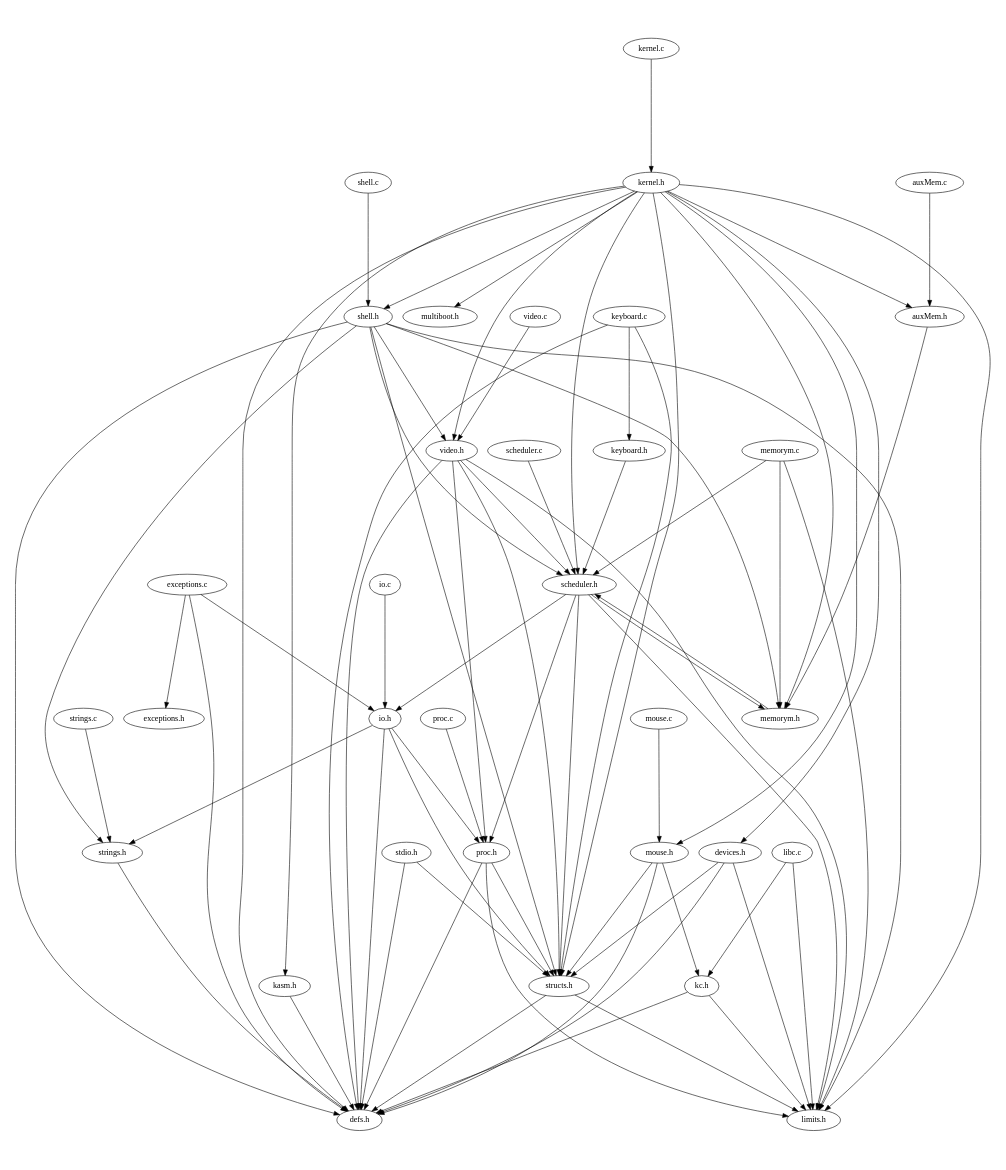
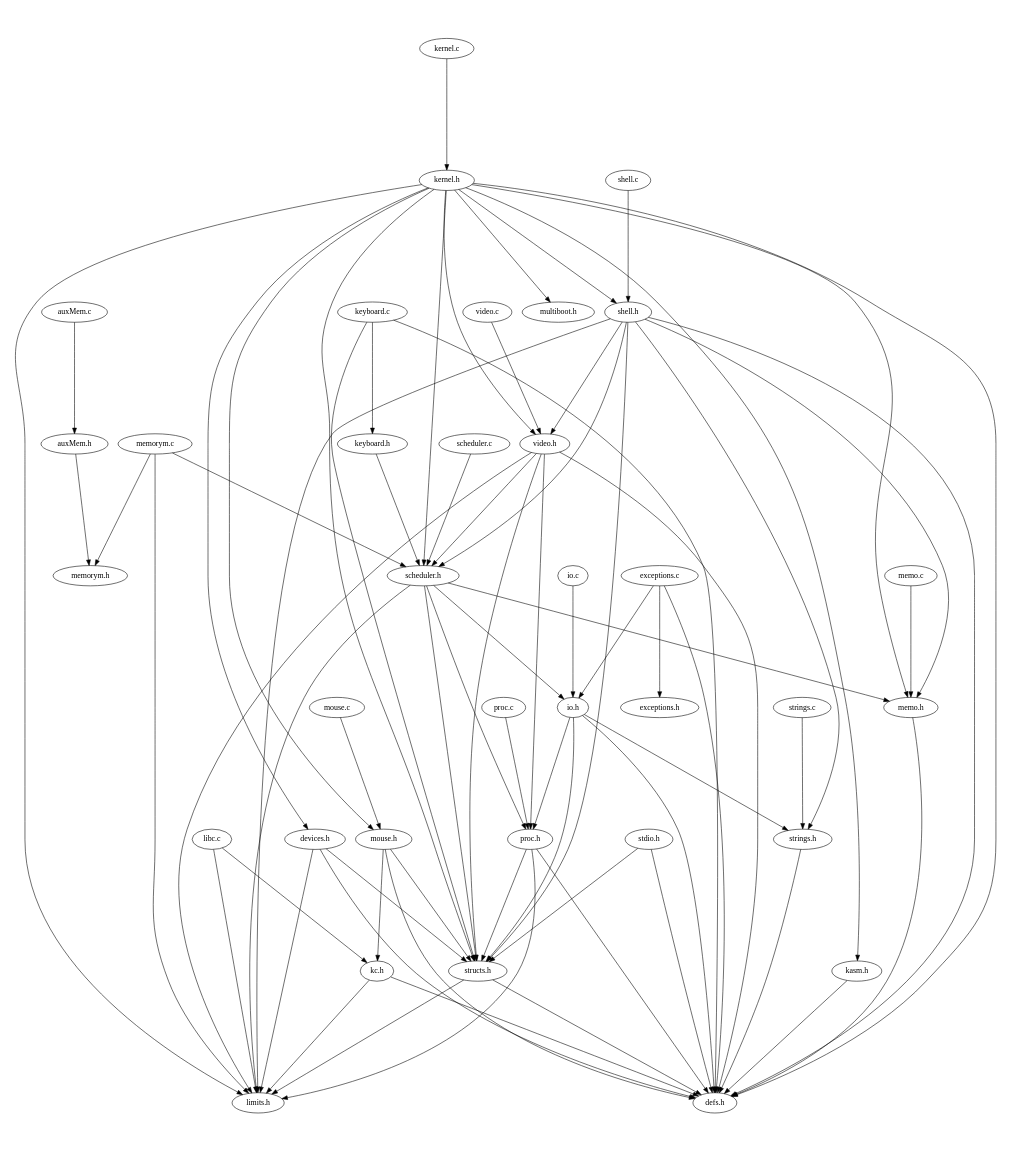
The diagram in TPE2/algo.dot (akarpovsky/SO_TPE), drawn with Graphviz before and after one commit. The commit also changed 12 other files, not shown here.

```diff
--- a/TPE2/algo.dot
+++ b/TPE2/algo.dot
@@ -1,81 +1,81 @@
 digraph "source tree" {
     overlap=scale;
     size="8,10";
     ratio="fill";
     fontsize="16";
     fontname="Helvetica";
 	clusterrank="local";
 	"video.c" -> "video.h"
 	"kernel.h" -> "structs.h"
 	"io.c" -> "io.h"
 	"kernel.h" -> "limits.h"
 	"kernel.h" -> "shell.h"
 	"kernel.h" -> "video.h"
 	"structs.h" -> "limits.h"
 	"kernel.h" -> "devices.h"
 	"keyboard.h" -> "scheduler.h"
 	"shell.h" -> "defs.h"
 	"shell.h" -> "strings.h"
 	"keyboard.c" -> "keyboard.h"
 	"proc.h" -> "limits.h"
 	"mouse.c" -> "mouse.h"
 	"video.h" -> "proc.h"
 	"strings.h" -> "defs.h"
-	"kernel.h" -> "auxMem.h"
 	"scheduler.c" -> "scheduler.h"
 	"structs.h" -> "defs.h"
 	"keyboard.c" -> "structs.h"
+	"shell.h" -> "memo.h"
 	"mouse.h" -> "defs.h"
+	"kernel.h" -> "memo.h"
 	"io.h" -> "defs.h"
 	"strings.c" -> "strings.h"
+	"memo.h" -> "defs.h"
 	"memorym.c" -> "memorym.h"
 	"shell.h" -> "scheduler.h"
 	"stdio.h" -> "structs.h"
 	"kernel.h" -> "multiboot.h"
 	"proc.h" -> "defs.h"
 	"kernel.h" -> "defs.h"
 	"io.h" -> "proc.h"
 	"video.h" -> "defs.h"
 	"io.h" -> "strings.h"
 	"auxMem.h" -> "memorym.h"
 	"kc.h" -> "defs.h"
 	"video.h" -> "limits.h"
-	"memorym.h" -> "scheduler.h"
 	"io.h" -> "structs.h"
 	"stdio.h" -> "defs.h"
 	"kernel.h" -> "kasm.h"
 	"mouse.h" -> "structs.h"
 	"mouse.h" -> "kc.h"
 	"shell.h" -> "structs.h"
 	"video.h" -> "scheduler.h"
 	"memorym.c" -> "scheduler.h"
 	"libc.c" -> "kc.h"
 	"exceptions.c" -> "io.h"
-	"kernel.h" -> "memorym.h"
 	"auxMem.c" -> "auxMem.h"
 	"shell.h" -> "limits.h"
 	"scheduler.h" -> "structs.h"
 	"exceptions.c" -> "defs.h"
 	"kernel.c" -> "kernel.h"
 	"libc.c" -> "limits.h"
+	"memo.c" -> "memo.h"
 	"shell.h" -> "video.h"
+	"scheduler.h" -> "memo.h"
 	"scheduler.h" -> "limits.h"
 	"keyboard.c" -> "defs.h"
 	"scheduler.h" -> "proc.h"
 	"exceptions.c" -> "exceptions.h"
 	"devices.h" -> "structs.h"
 	"video.h" -> "structs.h"
 	"kernel.h" -> "mouse.h"
 	"proc.c" -> "proc.h"
 	"shell.c" -> "shell.h"
 	"memorym.c" -> "limits.h"
 	"proc.h" -> "structs.h"
 	"kernel.h" -> "scheduler.h"
 	"devices.h" -> "defs.h"
 	"devices.h" -> "limits.h"
 	"scheduler.h" -> "io.h"
-	"shell.h" -> "memorym.h"
-	"scheduler.h" -> "memorym.h"
 	"kasm.h" -> "defs.h"
 	"kc.h" -> "limits.h"
 }
```
